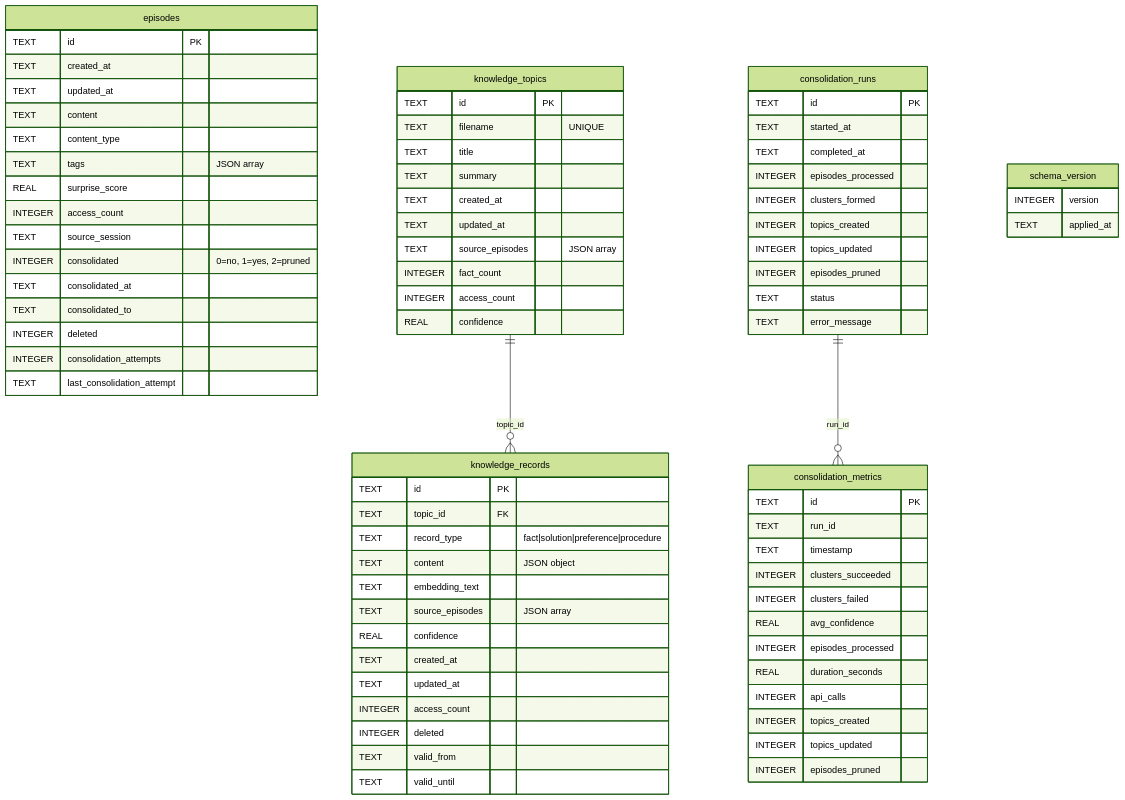
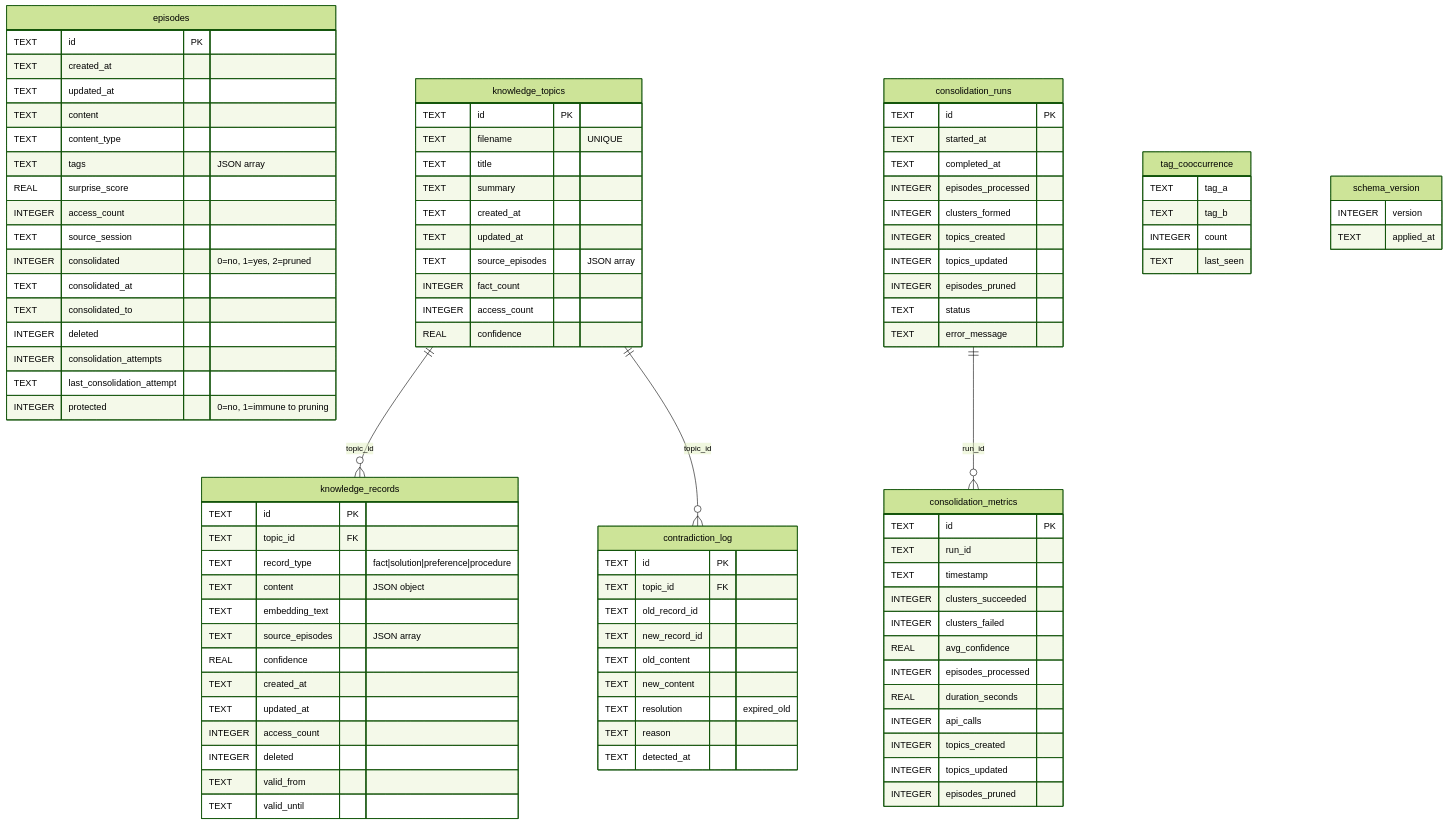
One commit to charliee1w/consolidation-memory changed the third of 5 diagrams in docs/ARCHITECTURE.md. Above: the diagram before and after it, drawn with Mermaid (forest theme). The commit also changed other lines of this file and 14 other files, not shown here.

````diff
--- a/docs/ARCHITECTURE.md
+++ b/docs/ARCHITECTURE.md
@@ -173,6 +173,7 @@
         INTEGER deleted
         INTEGER consolidation_attempts
         TEXT last_consolidation_attempt
+        INTEGER protected "0=no, 1=immune to pruning"
     }
 
     knowledge_topics {
@@ -232,11 +233,31 @@
         INTEGER episodes_pruned
     }
 
+    contradiction_log {
+        TEXT id PK
+        TEXT topic_id FK
+        TEXT old_record_id
+        TEXT new_record_id
+        TEXT old_content
+        TEXT new_content
+        TEXT resolution "expired_old"
+        TEXT reason
+        TEXT detected_at
+    }
+
+    tag_cooccurrence {
+        TEXT tag_a
+        TEXT tag_b
+        INTEGER count
+        TEXT last_seen
+    }
+
     schema_version {
         INTEGER version
         TEXT applied_at
     }
 
     knowledge_topics ||--o{ knowledge_records : "topic_id"
+    knowledge_topics ||--o{ contradiction_log : "topic_id"
     consolidation_runs ||--o{ consolidation_metrics : "run_id"
 ```
````
